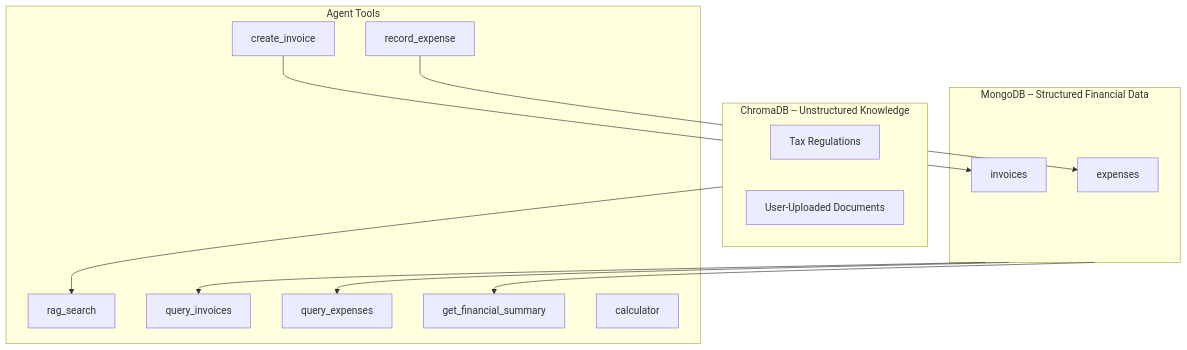
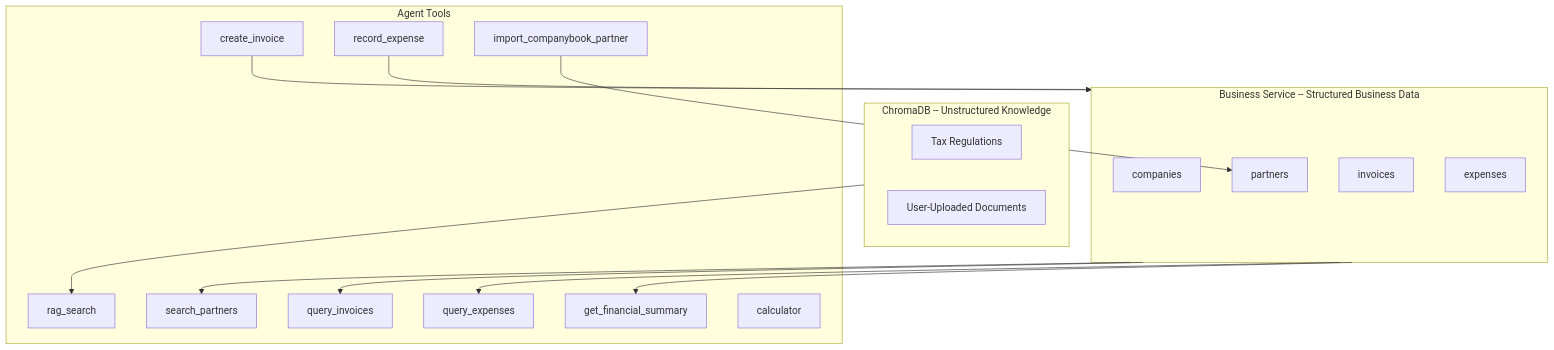
The fourth of 5 diagrams in docs/architecture/overview.md (valiobar/agents), drawn with Mermaid before and after one commit. The commit also changed other lines of this file and 85 other files, not shown here.

First line of the commit message:
Add Business Service integration

````diff
--- a/docs/architecture/overview.md
+++ b/docs/architecture/overview.md
@@ -170,29 +191,35 @@
 ```mermaid
 graph TD
     subgraph unstructured [ChromaDB -- Unstructured Knowledge]
         TaxDocs[Tax Regulations]
         UserDocs[User-Uploaded Documents]
     end
 
-    subgraph structured [MongoDB -- Structured Financial Data]
+    subgraph structured [Business Service -- Structured Business Data]
+        Companies[companies]
+        Partners[partners]
         Invoices[invoices]
         Expenses[expenses]
     end
 
     subgraph tools [Agent Tools]
         rag_search
+        search_partners
         query_invoices
         query_expenses
         get_financial_summary
         create_invoice
+        import_companybook_partner
         record_expense
         calculator
     end
 
     unstructured --> rag_search
+    structured --> search_partners
     structured --> query_invoices
     structured --> query_expenses
     structured --> get_financial_summary
-    create_invoice --> Invoices
-    record_expense --> Expenses
+    import_companybook_partner --> Partners
+    create_invoice --> structured
+    record_expense --> structured
 ```
````
